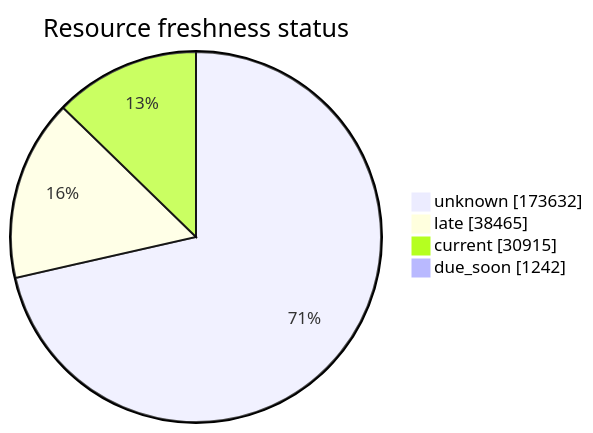
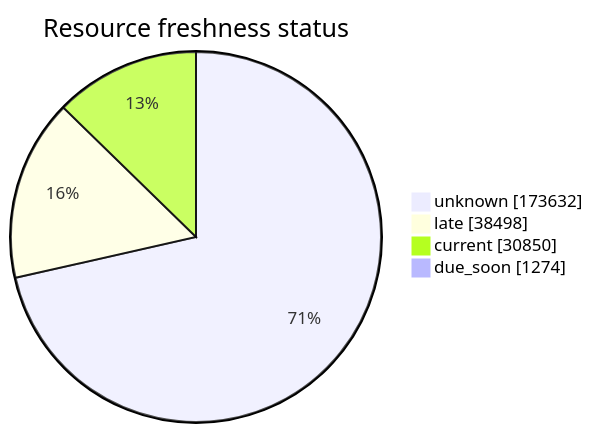
The third of 5 diagrams in FreshCheck/README.md (open-data/analytics-corporate-reporting), drawn with Mermaid before and after one commit. The commit also changed other lines of this file and 3 other files, not shown here.

````diff
--- a/FreshCheck/README.md
+++ b/FreshCheck/README.md
@@ -77,7 +77,7 @@
 ```mermaid
 pie showData title Resource freshness status
     "unknown": 173632
-    "late": 38465
-    "current": 30915
-    "due_soon": 1242
+    "late": 38498
+    "current": 30850
+    "due_soon": 1274
 ```
````
